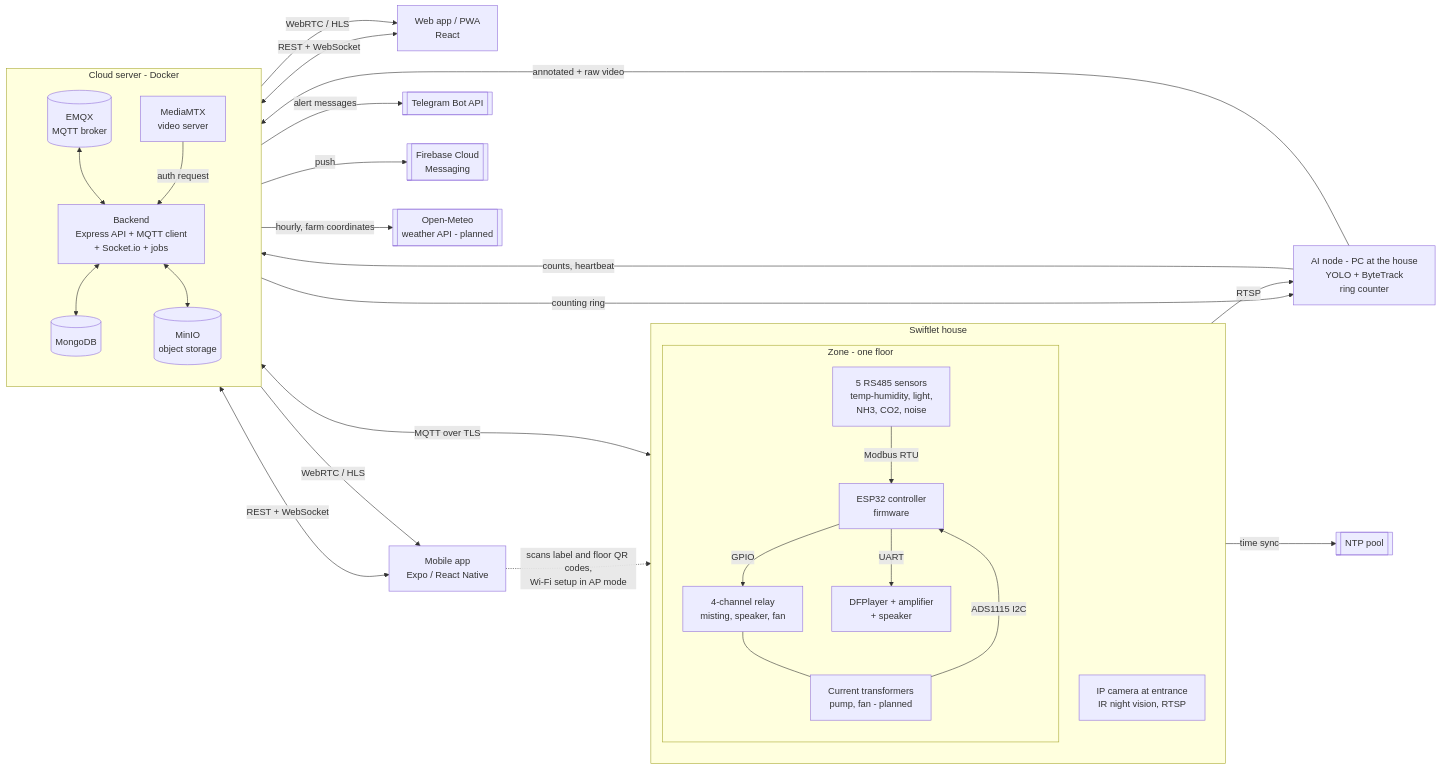
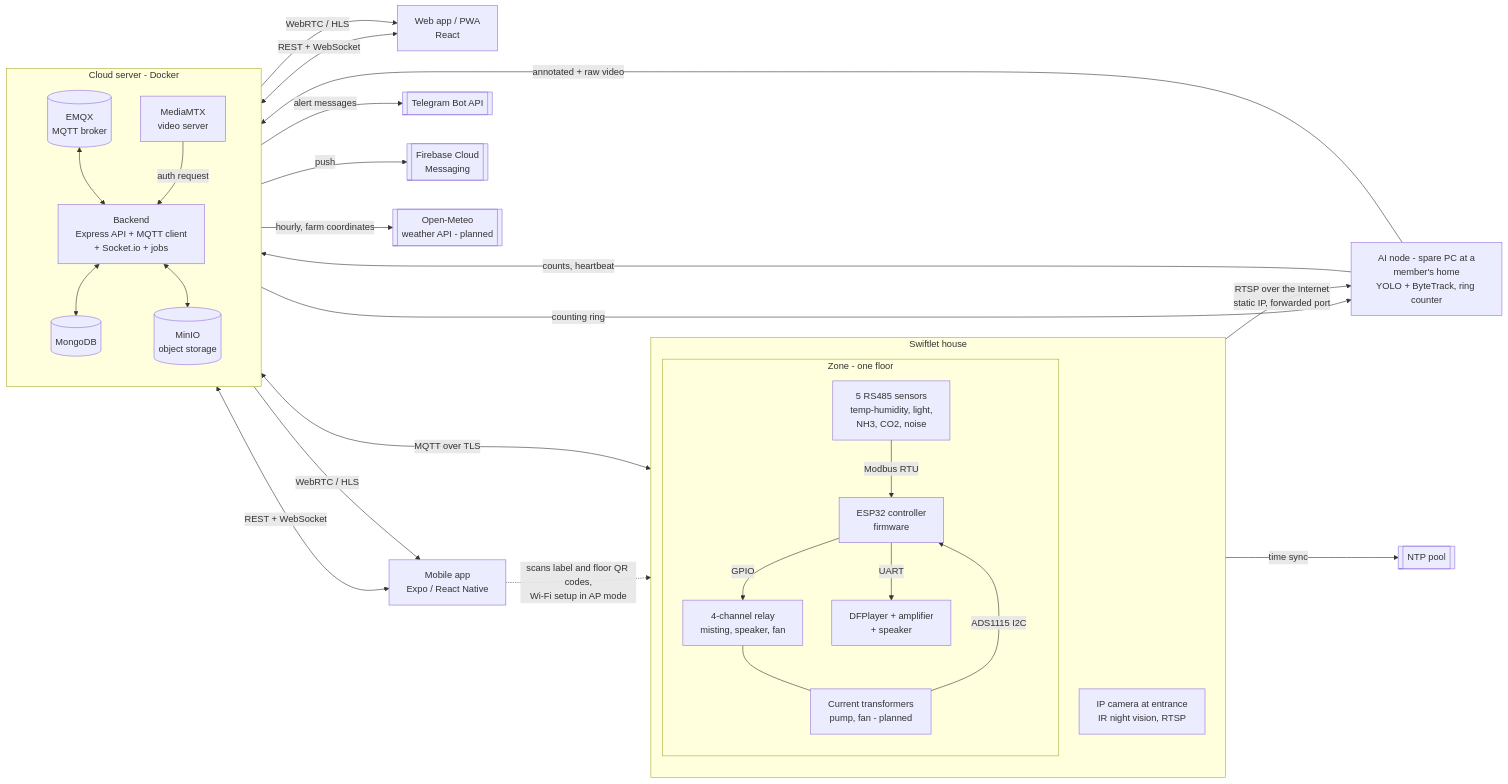
One commit to NBao261/SwiftletCare_KLTN changed the first of 35 diagrams in docs/reports/report4-sdd.md. Above: the diagram before and after it, drawn with Mermaid. The commit also changed other lines of this file and 15 other files, not shown here.

First line of the commit message:
docs(srs): run the AI node on a spare PC at a member's home

````diff
--- a/docs/reports/report4-sdd.md
+++ b/docs/reports/report4-sdd.md
@@ -62,53 +62,53 @@
 ```mermaid
 flowchart LR
   subgraph HOUSE[Swiftlet house]
     direction TB
     subgraph ZONE[Zone - one floor]
       S[5 RS485 sensors<br/>temp-humidity, light,<br/>NH3, CO2, noise]
       ESP[ESP32 controller<br/>firmware]
       R[4-channel relay<br/>misting, speaker, fan]
       SPK[DFPlayer + amplifier<br/>+ speaker]
       CT[Current transformers<br/>pump, fan - planned]
       S -- Modbus RTU --> ESP
       ESP -- GPIO --> R
       ESP -- UART --> SPK
       R --- CT
       CT -- ADS1115 I2C --> ESP
     end
     CAM[IP camera at entrance<br/>IR night vision, RTSP]
   end
-  AINODE[AI node - PC at the house<br/>YOLO + ByteTrack<br/>ring counter]
+  AINODE[AI node - spare PC at a<br/>member's home<br/>YOLO + ByteTrack, ring counter]
   subgraph CLOUD[Cloud server - Docker]
     direction TB
     EMQX[(EMQX<br/>MQTT broker)]
     API[Backend<br/>Express API + MQTT client<br/>+ Socket.io + jobs]
     DB[(MongoDB)]
     MINIO[(MinIO<br/>object storage)]
     MTX[MediaMTX<br/>video server]
   end
   WEB[Web app / PWA<br/>React]
   MOB[Mobile app<br/>Expo / React Native]
   TG[[Telegram Bot API]]
   FCM[[Firebase Cloud<br/>Messaging]]
   NTP[[NTP pool]]
   WX[[Open-Meteo<br/>weather API - planned]]
 
   ESP <-- MQTT over TLS --> EMQX
-  CAM -- RTSP --> AINODE
+  CAM -- RTSP over the Internet<br/>static IP, forwarded port --> AINODE
   AINODE -- counts, heartbeat --> EMQX
   EMQX -- counting ring --> AINODE
   AINODE -- annotated + raw video --> MTX
   EMQX <--> API
   API <--> DB
   API <--> MINIO
   MTX -- auth request --> API
   API <-- REST + WebSocket --> WEB
   API <-- REST + WebSocket --> MOB
   MTX -- WebRTC / HLS --> WEB
   MTX -- WebRTC / HLS --> MOB
   API -- alert messages --> TG
   API -- push --> FCM
   ESP -- time sync --> NTP
   API -- hourly, farm coordinates --> WX
   MOB -. scans label and floor QR codes,<br/>Wi-Fi setup in AP mode .-> ESP
 ```
````
